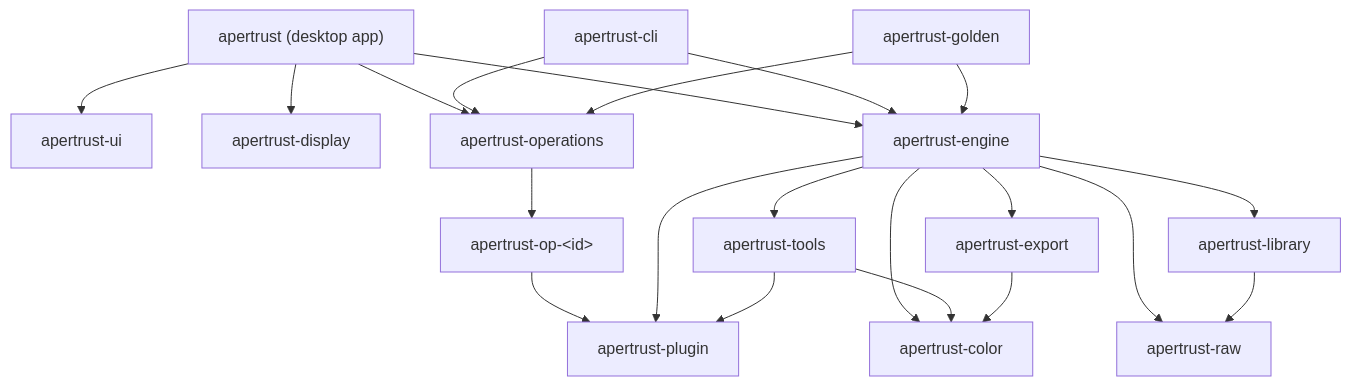
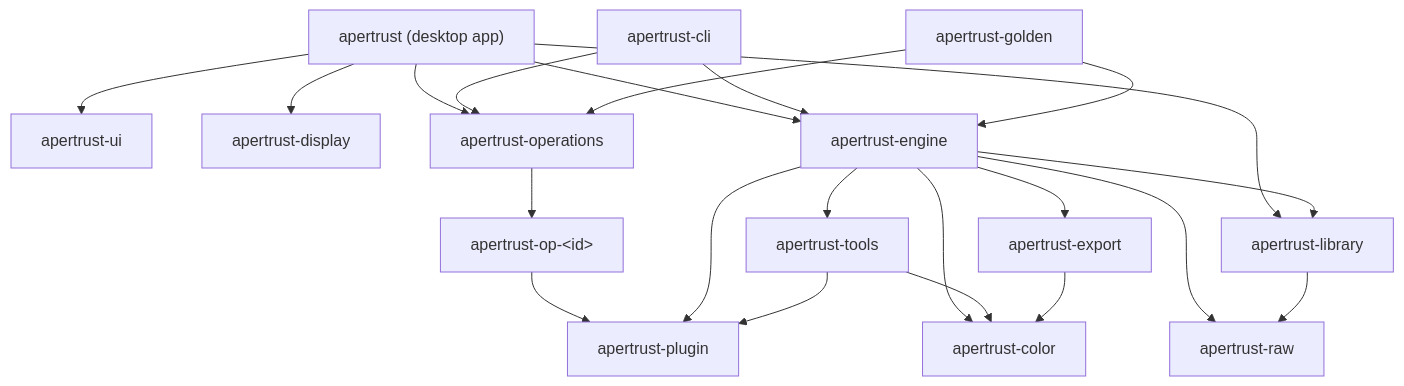
Before and after one commit to apertrust/apertrust: the first of 3 diagrams in docs/crates.md, drawn with Mermaid. The commit also changed other lines of this file and 35 other files, not shown here.

````diff
--- a/docs/crates.md
+++ b/docs/crates.md
@@ -11,23 +11,24 @@
 ```mermaid
 flowchart TD
     app["apertrust (desktop app)"] --> ui[apertrust-ui]
     app --> display[apertrust-display]
     app --> engine[apertrust-engine]
+    app --> library
     cli[apertrust-cli] --> engine
     golden[apertrust-golden] --> engine
     app --> operations[apertrust-operations]
     cli --> operations
     golden --> operations
     operations --> op["apertrust-op-&lt;id&gt;"]
     op --> plugin[apertrust-plugin]
     engine --> modules[apertrust-tools]
     engine --> library[apertrust-library]
     engine --> export[apertrust-export]
     engine --> raw[apertrust-raw]
     engine --> plugin
     engine --> color[apertrust-color]
     modules --> plugin
     modules --> color
     export --> color
     library --> raw
 ```
````
